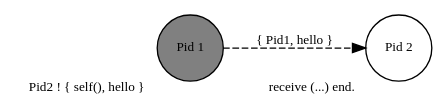
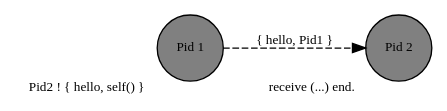
The second of 16 diagrams in presentation.org (dont-rely-on-nulls/gambiconf-2025), drawn with Graphviz before and after one commit. The commit also changed other lines of this file and 24 other files, not shown here.

```diff
--- a/presentation.org
+++ b/presentation.org
@@ -359,11 +221,11 @@
 #+BEGIN_SRC dot :file ./img/erlang_message_passing.png :cmdline -Kdot -Tpng :exports results
   digraph Send {
     node [shape=circle];
     rankdir="LR";
 
-    pid1 [label="Pid 1", xlabel="Pid2 ! { self(), hello }", fontsize="10pt", style=filled, fillcolor=grey];
-    pid2 [label="Pid 2", fontsize="10pt", style=filled, fillcolor=white, xlabel="receive (...) end." ];
+    pid1 [label="Pid 1", xlabel="Pid2 ! { hello, self() }", fontsize="10pt", style=filled, fillcolor=grey];
+    pid2 [label="Pid 2", fontsize="10pt", style=filled, fillcolor=grey, xlabel="receive (...) end." ];
 
-    pid1 -> pid2 [label="{ Pid1, hello }", fontsize="10pt", style=dashed];
+    pid1 -> pid2 [label="{ hello, Pid1 }", fontsize="10pt", style=dashed];
   }
 #+END_SRC
```
